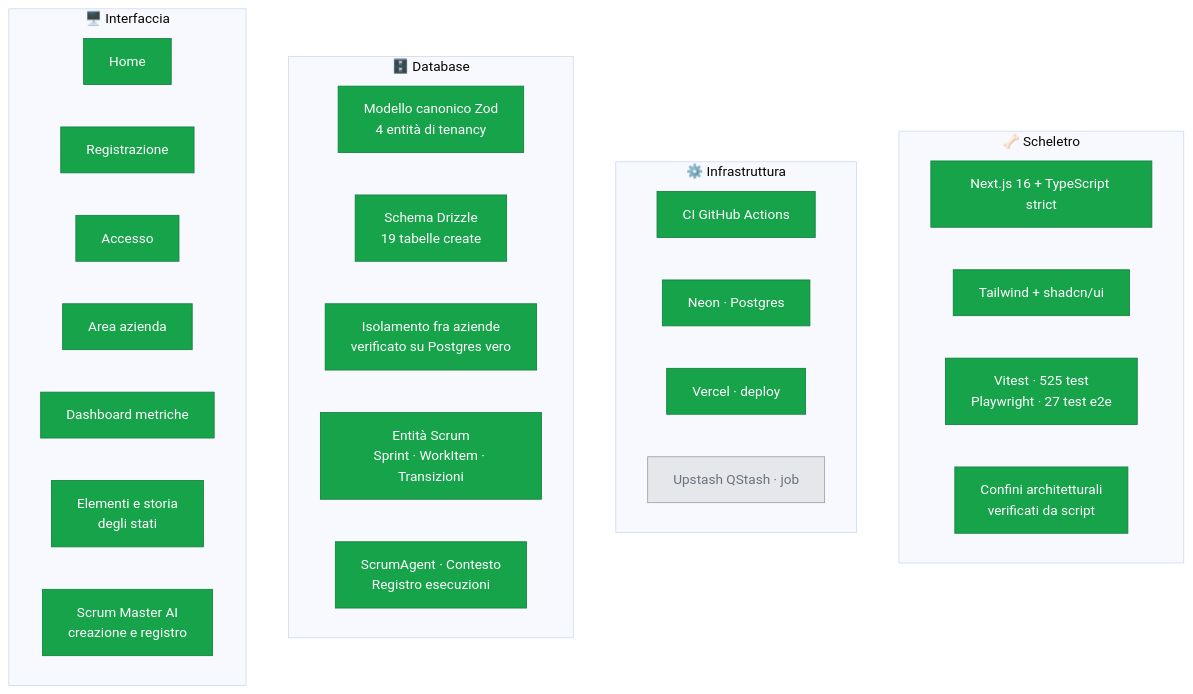
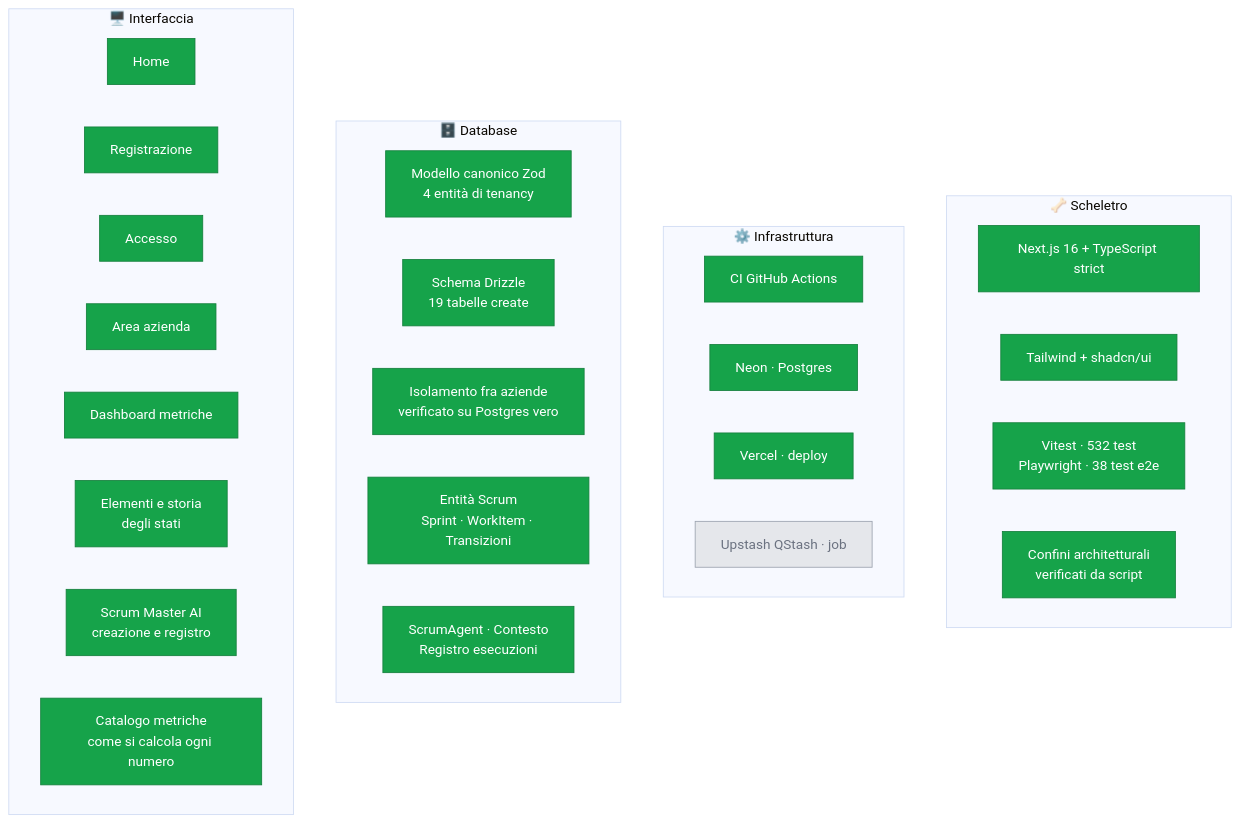
One commit to dibari62/scrum-master-ai changed the first of 3 diagrams in docs/stato-progetto.md. Above: the diagram before and after it, drawn with Mermaid (base theme). The commit also changed other lines of this file and 14 other files, not shown here.

````diff
--- a/docs/stato-progetto.md
+++ b/docs/stato-progetto.md
@@ -13,44 +13,45 @@
 ```mermaid
 graph TB
     subgraph SCH["🦴 Scheletro"]
         S1["Next.js 16 + TypeScript strict"]
         S2["Tailwind + shadcn/ui"]
-        S3["Vitest · 525 test<br/>Playwright · 27 test e2e"]
+        S3["Vitest · 532 test<br/>Playwright · 38 test e2e"]
         S4["Confini architetturali<br/>verificati da script"]
     end
 
     subgraph INF["⚙️ Infrastruttura"]
         I1["CI GitHub Actions"]
         I2["Neon · Postgres"]
         I3["Vercel · deploy"]
         I4["Upstash QStash · job"]
     end
 
     subgraph DB["🗄️ Database"]
         D1["Modello canonico Zod<br/>4 entità di tenancy"]
         D2["Schema Drizzle<br/>19 tabelle create"]
         D3["Isolamento fra aziende<br/>verificato su Postgres vero"]
         D4["Entità Scrum<br/>Sprint · WorkItem · Transizioni"]
         D5["ScrumAgent · Contesto<br/>Registro esecuzioni"]
     end
 
     subgraph UI["🖥️ Interfaccia"]
         U1["Home"]
         U2["Registrazione"]
         U3["Accesso"]
         U4["Area azienda"]
         U5["Dashboard metriche"]
         U7["Elementi e storia<br/>degli stati"]
         U6["Scrum Master AI<br/>creazione e registro"]
+        U8["Catalogo metriche<br/>come si calcola ogni numero"]
     end
 
     classDef fatto fill:#16a34a,stroke:#15803d,color:#fff
     classDef corso fill:#eab308,stroke:#ca8a04,color:#000
     classDef todo fill:#e5e7eb,stroke:#9ca3af,color:#6b7280
 
     class S1,S2,S3,S4 fatto
     class I1,I2,I3 fatto
     class I4 todo
     class D1,D2,D3,D4,D5 fatto
-    class U1,U2,U3,U4,U5,U6,U7 fatto
+    class U1,U2,U3,U4,U5,U6,U7,U8 fatto
 ```
````
